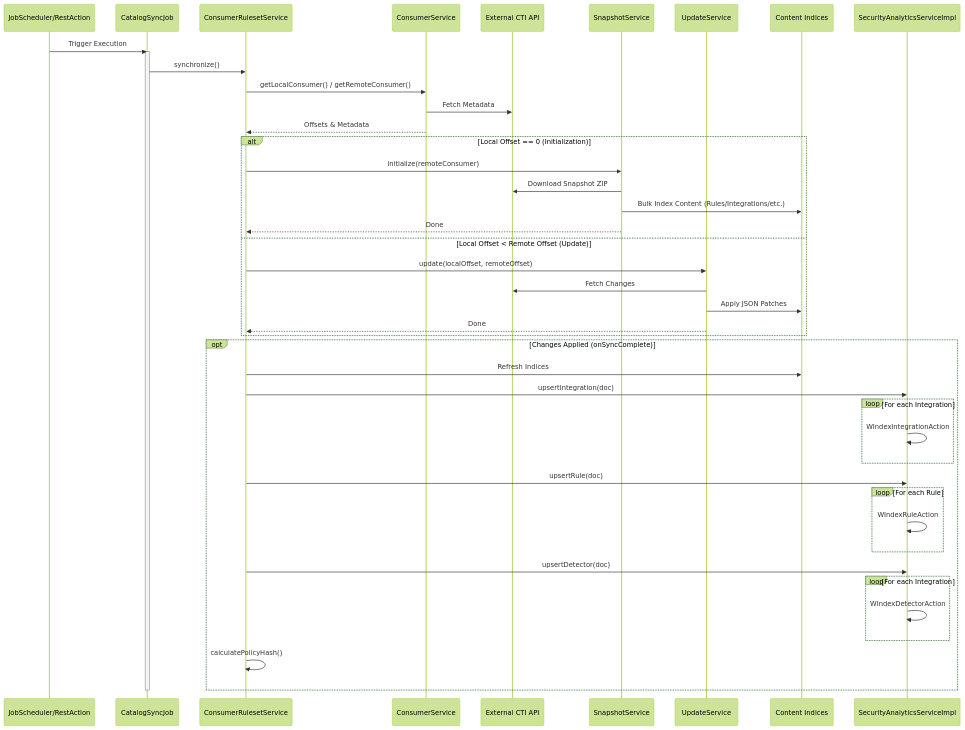
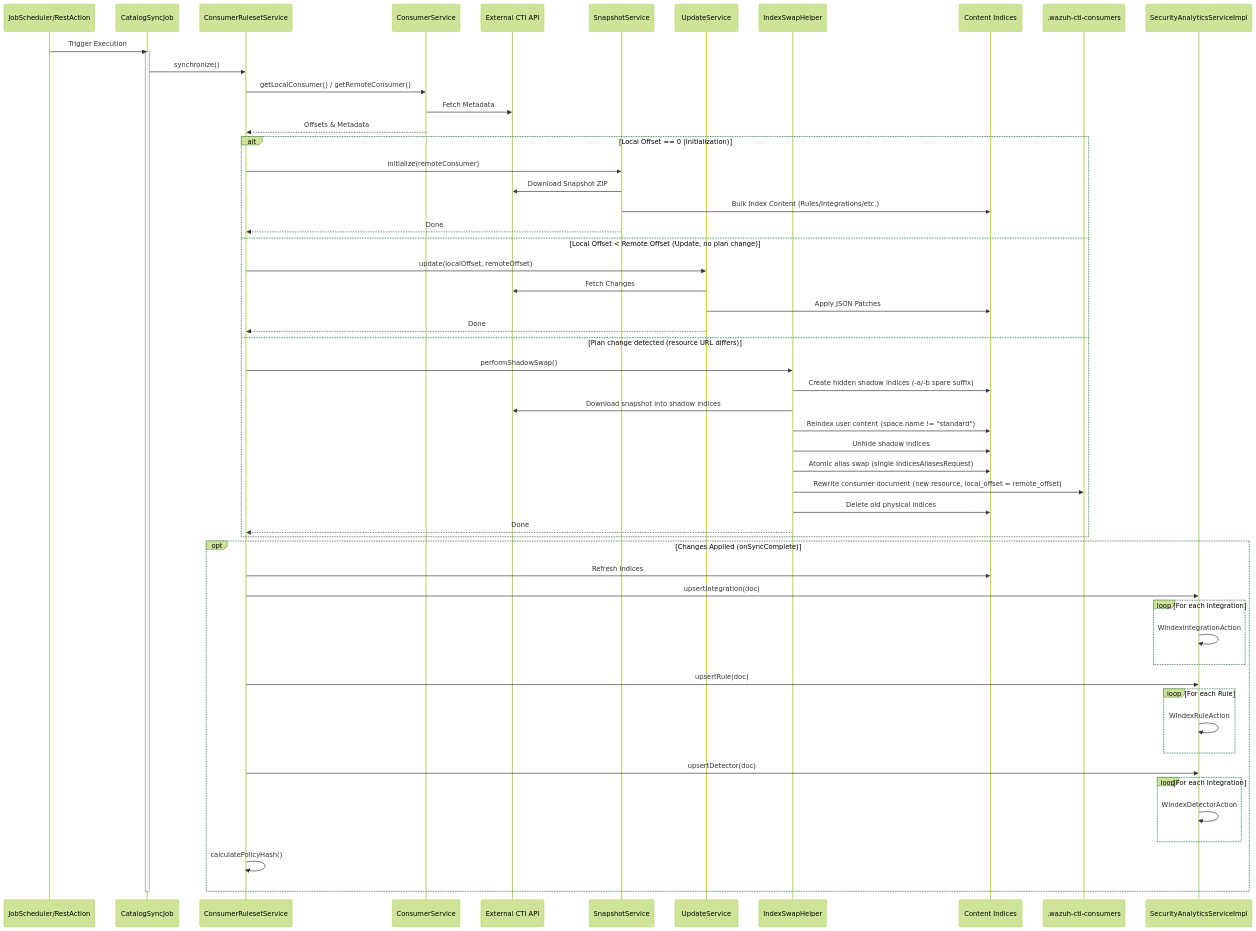
The third of 12 diagrams in docs/dev/plugins/content-manager.md (wazuh/wazuh-indexer-plugins), drawn with Mermaid (forest theme) before and after one commit. The commit also changed other lines of this file and 15 other files, not shown here.

````diff
--- a/docs/dev/plugins/content-manager.md
+++ b/docs/dev/plugins/content-manager.md
@@ -507,56 +510,68 @@
 ```mermaid
 sequenceDiagram
     participant Scheduler as JobScheduler/RestAction
     participant SyncJob as CatalogSyncJob
     participant Synchronizer as ConsumerRulesetService
     participant ConsumerSvc as ConsumerService
     participant CTI as External CTI API
     participant Snapshot as SnapshotService
     participant Update as UpdateService
+    participant Swap as IndexSwapHelper
     participant Indices as Content Indices
+    participant Consumers as .wazuh-cti-consumers
     participant SA as SecurityAnalyticsServiceImpl
 
     Scheduler->>SyncJob: Trigger Execution
     activate SyncJob
 
     SyncJob->>Synchronizer: synchronize()
 
     Synchronizer->>ConsumerSvc: getLocalConsumer() / getRemoteConsumer()
     ConsumerSvc->>CTI: Fetch Metadata
     ConsumerSvc-->>Synchronizer: Offsets & Metadata
 
     alt Local Offset == 0 (Initialization)
         Synchronizer->>Snapshot: initialize(remoteConsumer)
         Snapshot->>CTI: Download Snapshot ZIP
         Snapshot->>Indices: Bulk Index Content (Rules/Integrations/etc.)
         Snapshot-->>Synchronizer: Done
-    else Local Offset < Remote Offset (Update)
+    else Local Offset < Remote Offset (Update, no plan change)
         Synchronizer->>Update: update(localOffset, remoteOffset)
         Update->>CTI: Fetch Changes
         Update->>Indices: Apply JSON Patches
         Update-->>Synchronizer: Done
+    else Plan change detected (resource URL differs)
+        Synchronizer->>Swap: performShadowSwap()
+        Swap->>Indices: Create hidden shadow indices (-a/-b spare suffix)
+        Swap->>CTI: Download snapshot into shadow indices
+        Swap->>Indices: Reindex user content (space.name != "standard")
+        Swap->>Indices: Unhide shadow indices
+        Swap->>Indices: Atomic alias swap (single IndicesAliasesRequest)
+        Swap->>Consumers: Rewrite consumer document (new resource, local_offset = remote_offset)
+        Swap->>Indices: Delete old physical indices
+        Swap-->>Synchronizer: Done
     end
 
     opt Changes Applied (onSyncComplete)
         Synchronizer->>Indices: Refresh Indices
 
         Synchronizer->>SA: upsertIntegration(doc)
         loop For each Integration
             SA->>SA: WIndexIntegrationAction
         end
 
         Synchronizer->>SA: upsertRule(doc)
         loop For each Rule
             SA->>SA: WIndexRuleAction
         end
 
         Synchronizer->>SA: upsertDetector(doc)
         loop For each Integration
             SA->>SA: WIndexDetectorAction
         end
 
         Synchronizer->>Synchronizer: calculatePolicyHash()
     end
 
     deactivate SyncJob
 ```
````
